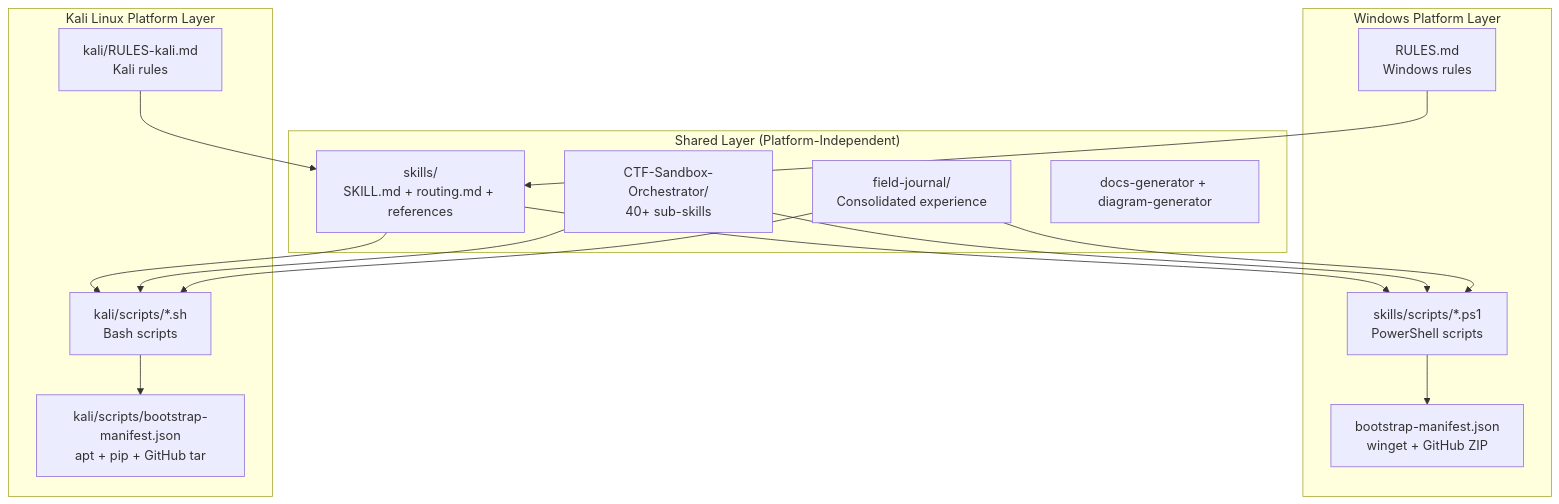
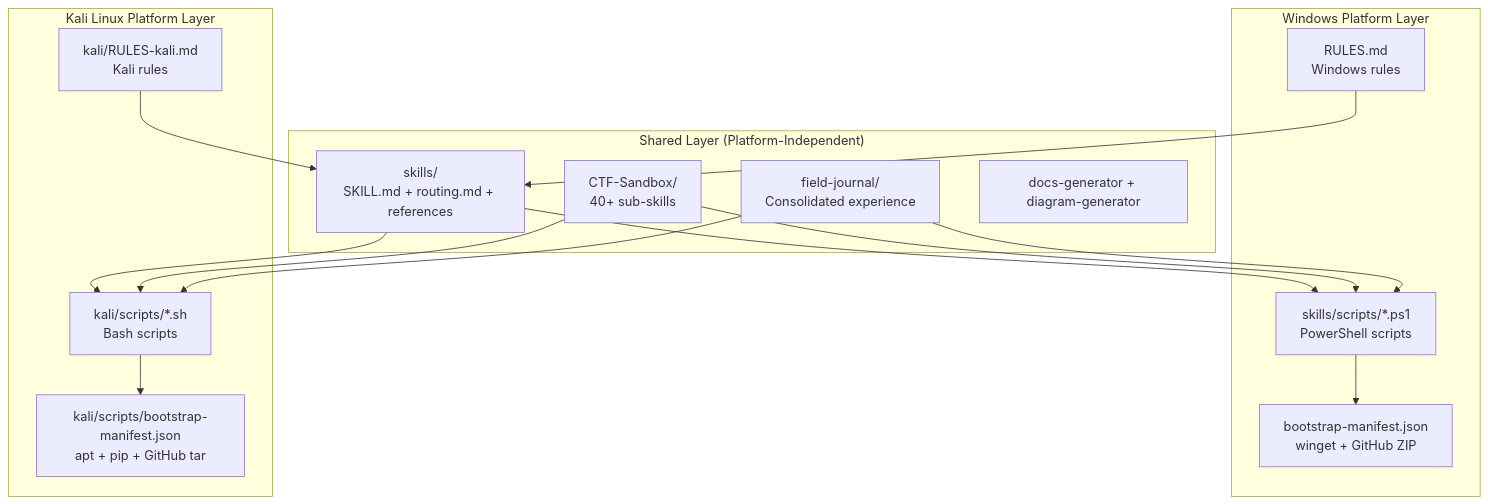
The sixth of 7 diagrams in docs/ARCHITECTURE.md (xAmirHamza77/ReverseOps-Skill), drawn with Mermaid before and after one commit. The commit also changed other lines of this file and 170 other files, not shown here.

Commit message:
refactor: rename burp-mcp-full → burp-mcp, CTF-Sandbox-Orchestrator → CTF-Sandbox

````diff
--- a/docs/ARCHITECTURE.md
+++ b/docs/ARCHITECTURE.md
@@ -172,31 +172,31 @@
 ```mermaid
 flowchart TD
     subgraph Shared Layer["Shared Layer (Platform-Independent)"]
         Skills[skills/<br/>SKILL.md + routing.md + references]
-        CTF[CTF-Sandbox-Orchestrator/<br/>40+ sub-skills]
+        CTF[CTF-Sandbox/<br/>40+ sub-skills]
         Journal[field-journal/<br/>Consolidated experience]
         Docs[docs-generator + diagram-generator]
     end
 
     subgraph Windows["Windows Platform Layer"]
         WinScripts[skills/scripts/*.ps1<br/>PowerShell scripts]
         WinManifest[bootstrap-manifest.json<br/>winget + GitHub ZIP]
         WinRules[RULES.md<br/>Windows rules]
     end
 
     subgraph Kali["Kali Linux Platform Layer"]
         KaliScripts[kali/scripts/*.sh<br/>Bash scripts]
         KaliManifest[kali/scripts/bootstrap-manifest.json<br/>apt + pip + GitHub tar]
         KaliRules[kali/RULES-kali.md<br/>Kali rules]
     end
 
     Skills --> WinScripts & KaliScripts
     CTF --> WinScripts & KaliScripts
     Journal --> WinScripts & KaliScripts
 
     WinScripts --> WinManifest
     KaliScripts --> KaliManifest
 
     WinRules --> Skills
     KaliRules --> Skills
 ```
````
